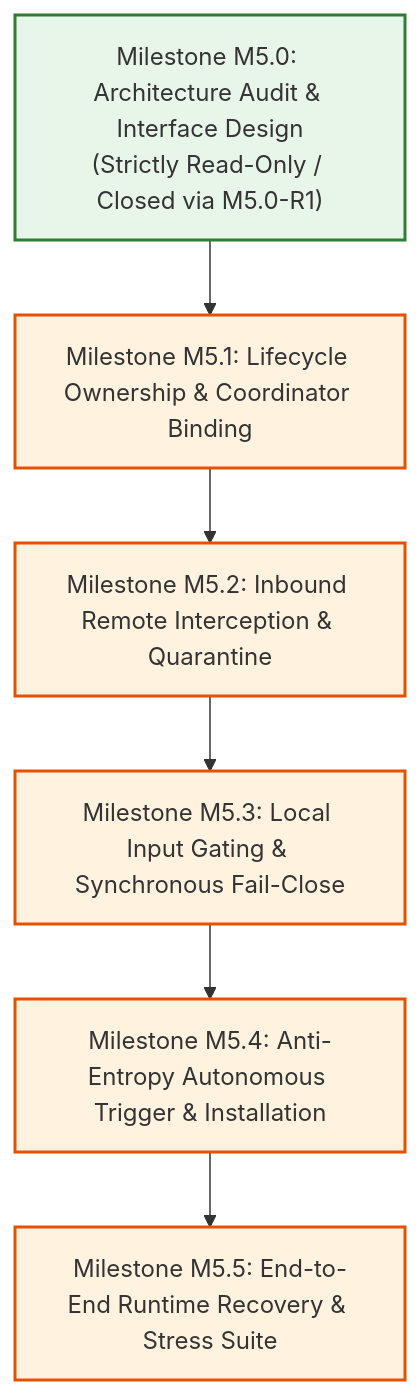
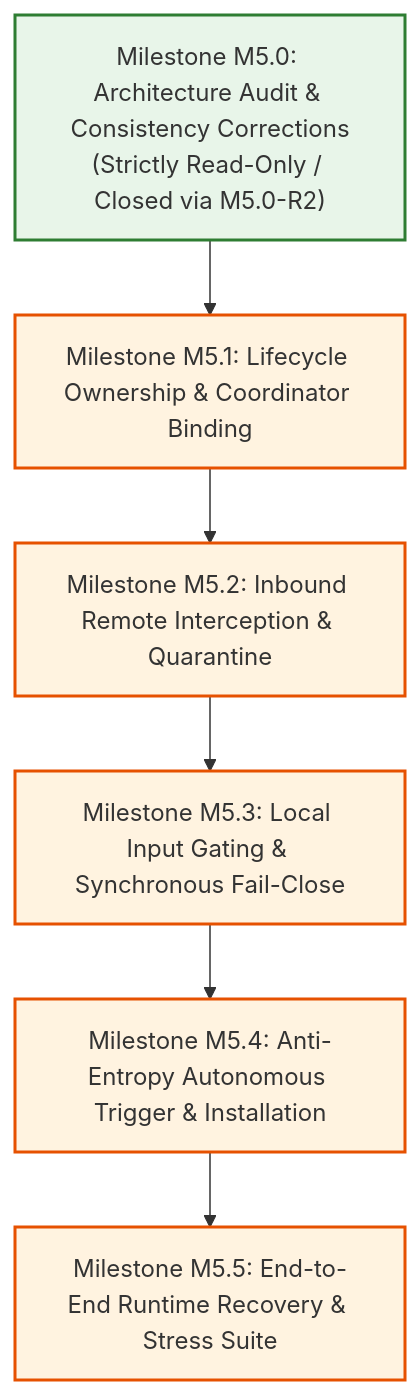
Before and after one commit to Tejdeepakchandra/SyncPlay_Protocol: the diagram in docs/PHASE7_5_M5_IMPLEMENTATION_ROADMAP.md, drawn with Mermaid. The commit also changed other lines of this file and 5 other files, not shown here.

Commit message:
docs(phase-7.5-m5): resolve architectural consistency findings (m5.0-r2)

````diff
--- a/docs/PHASE7_5_M5_IMPLEMENTATION_ROADMAP.md
+++ b/docs/PHASE7_5_M5_IMPLEMENTATION_ROADMAP.md
@@ -16,15 +17,15 @@
 ```mermaid
 flowchart TD
-    M5_0["Milestone M5.0: Architecture Audit & Interface Design<br/>(Strictly Read-Only / Closed via M5.0-R1)"] --> M5_1["Milestone M5.1: Lifecycle Ownership & Coordinator Binding"]
+    M5_0["Milestone M5.0: Architecture Audit & Consistency Corrections<br/>(Strictly Read-Only / Closed via M5.0-R2)"] --> M5_1["Milestone M5.1: Lifecycle Ownership & Coordinator Binding"]
     M5_1 --> M5_2["Milestone M5.2: Inbound Remote Interception & Quarantine"]
     M5_2 --> M5_3["Milestone M5.3: Local Input Gating & Synchronous Fail-Close"]
     M5_3 --> M5_4["Milestone M5.4: Anti-Entropy Autonomous Trigger & Installation"]
     M5_4 --> M5_5["Milestone M5.5: End-to-End Runtime Recovery & Stress Suite"]
 
     style M5_0 fill:#e8f5e9,stroke:#2e7d32,stroke-width:2px
     style M5_1 fill:#fff3e0,stroke:#e65100,stroke-width:2px
     style M5_2 fill:#fff3e0,stroke:#e65100,stroke-width:2px
     style M5_3 fill:#fff3e0,stroke:#e65100,stroke-width:2px
     style M5_4 fill:#fff3e0,stroke:#e65100,stroke-width:2px
     style M5_5 fill:#fff3e0,stroke:#e65100,stroke-width:2px
 ```
````
